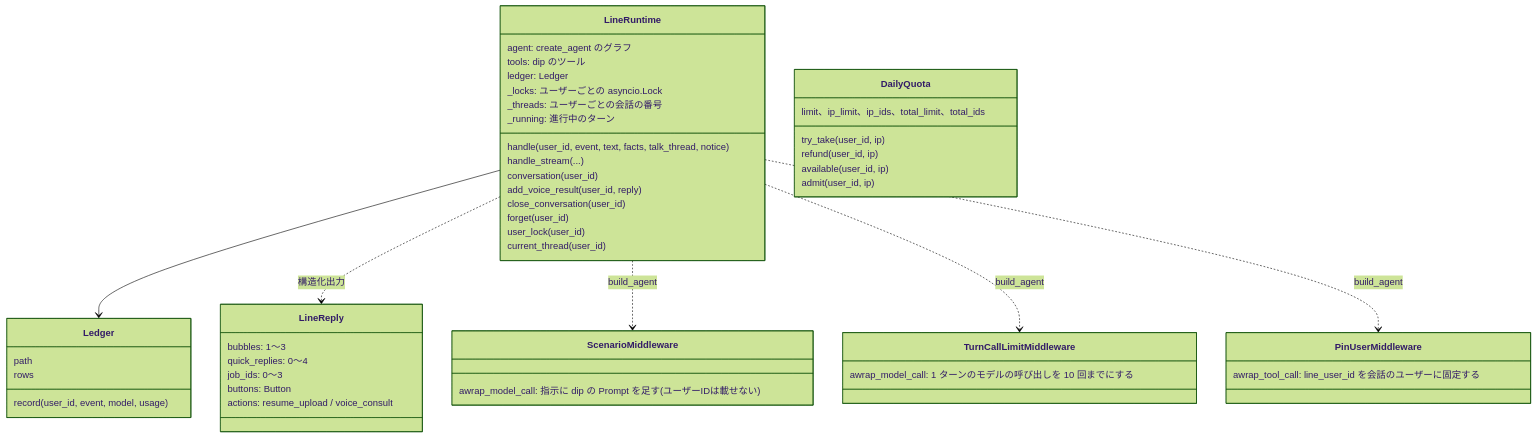
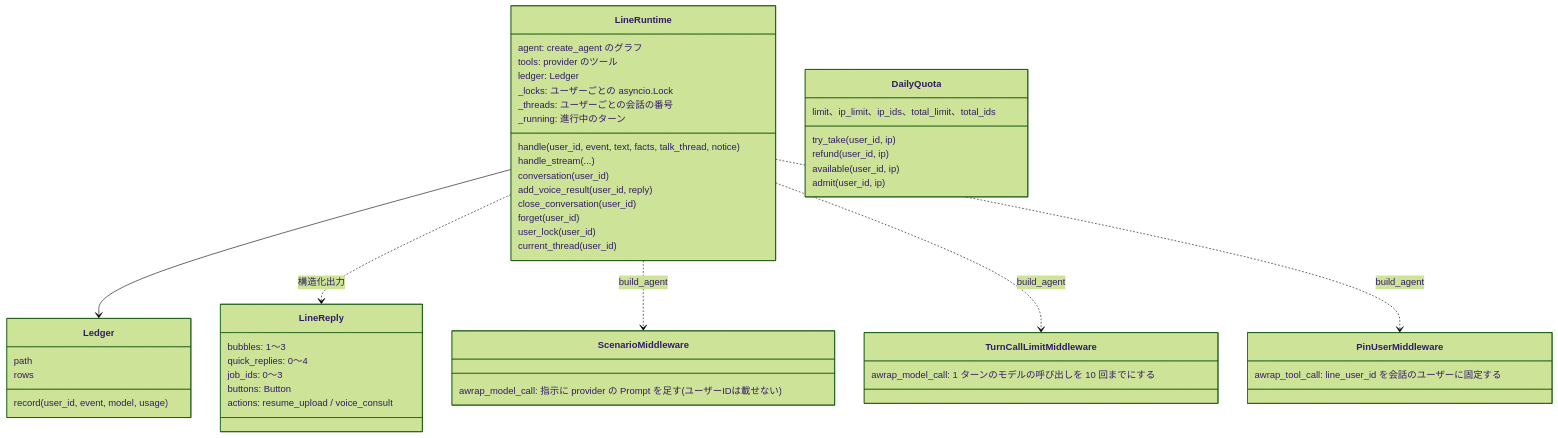
The second of 12 diagrams in docs/architecture/lld.md (jyoka/aica), drawn with Mermaid (forest theme) before and after one commit. The commit also changed other lines of this file and 51 other files, not shown here.

````diff
--- a/docs/architecture/lld.md
+++ b/docs/architecture/lld.md
@@ -137,52 +137,52 @@
 ```mermaid
 classDiagram
     class LineRuntime {
         agent: create_agent のグラフ
-        tools: dip のツール
+        tools: provider のツール
         ledger: Ledger
         _locks: ユーザーごとの asyncio.Lock
         _threads: ユーザーごとの会話の番号
         _running: 進行中のターン
         handle(user_id, event, text, facts, talk_thread, notice)
         handle_stream(...)
         conversation(user_id)
         add_voice_result(user_id, reply)
         close_conversation(user_id)
         forget(user_id)
         user_lock(user_id)
         current_thread(user_id)
     }
     class LineReply {
         bubbles: 1〜3
         quick_replies: 0〜4
         job_ids: 0〜3
         buttons: Button
         actions: resume_upload / voice_consult
     }
     class Ledger {
         path
         rows
         record(user_id, event, model, usage)
     }
     class DailyQuota {
         limit、ip_limit、ip_ids、total_limit、total_ids
         try_take(user_id, ip)
         refund(user_id, ip)
         available(user_id, ip)
         admit(user_id, ip)
     }
     class ScenarioMiddleware {
-        awrap_model_call: 指示に dip の Prompt を足す(ユーザーIDは載せない)
+        awrap_model_call: 指示に provider の Prompt を足す(ユーザーIDは載せない)
     }
     class TurnCallLimitMiddleware {
         awrap_model_call: 1 ターンのモデルの呼び出しを 10 回までにする
     }
     class PinUserMiddleware {
         awrap_tool_call: line_user_id を会話のユーザーに固定する
     }
     LineRuntime --> Ledger
     LineRuntime ..> LineReply : 構造化出力
     LineRuntime ..> ScenarioMiddleware : build_agent
     LineRuntime ..> TurnCallLimitMiddleware : build_agent
     LineRuntime ..> PinUserMiddleware : build_agent
 ```
````
